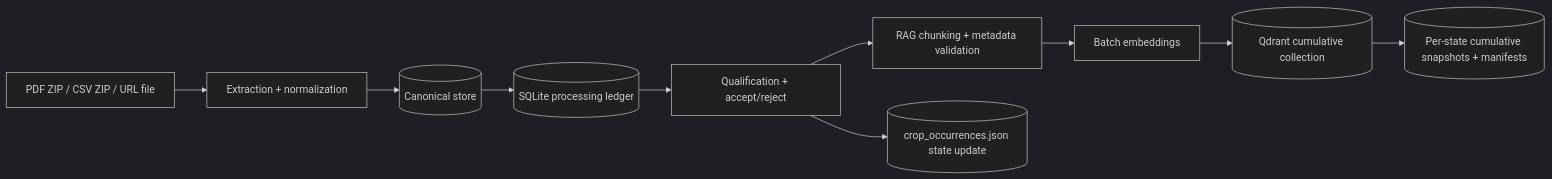
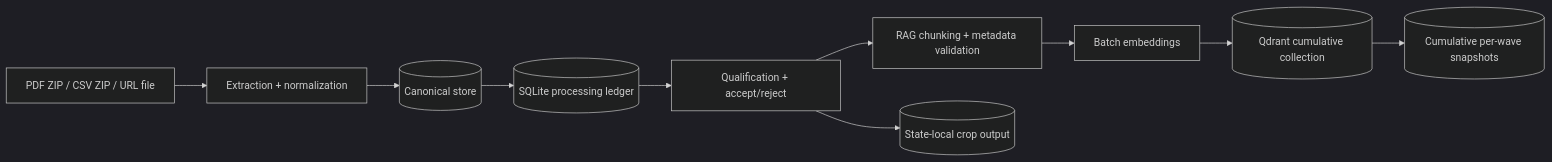
The second of 3 diagrams in analysis.md (shashanksp04/MIRAGE-RAG), drawn with Mermaid (dark theme) before and after one commit. The commit also changed other lines of this file and 12 other files, not shown here.

Commit message:
Document concurrent preload architecture

````diff
--- a/analysis.md
+++ b/analysis.md
@@ -72,12 +72,12 @@
 ```mermaid
 flowchart LR
   Sources[PDF ZIP / CSV ZIP / URL file] --> Extract[Extraction + normalization]
   Extract --> Canonical[(Canonical store)]
   Canonical --> Ledger[(SQLite processing ledger)]
   Ledger --> Qualify[Qualification + accept/reject]
   Qualify --> RagChunk[RAG chunking + metadata validation]
   RagChunk --> Embed[Batch embeddings]
   Embed --> Qdrant[(Qdrant cumulative collection)]
-  Qdrant --> Snapshots[(Per-state cumulative snapshots + manifests)]
-  Qualify --> CropOcc[(crop_occurrences.json state update)]
+  Qdrant --> Snapshots[(Cumulative per-wave snapshots)]
+  Qualify --> CropOcc[(State-local crop output)]
 ```
````
